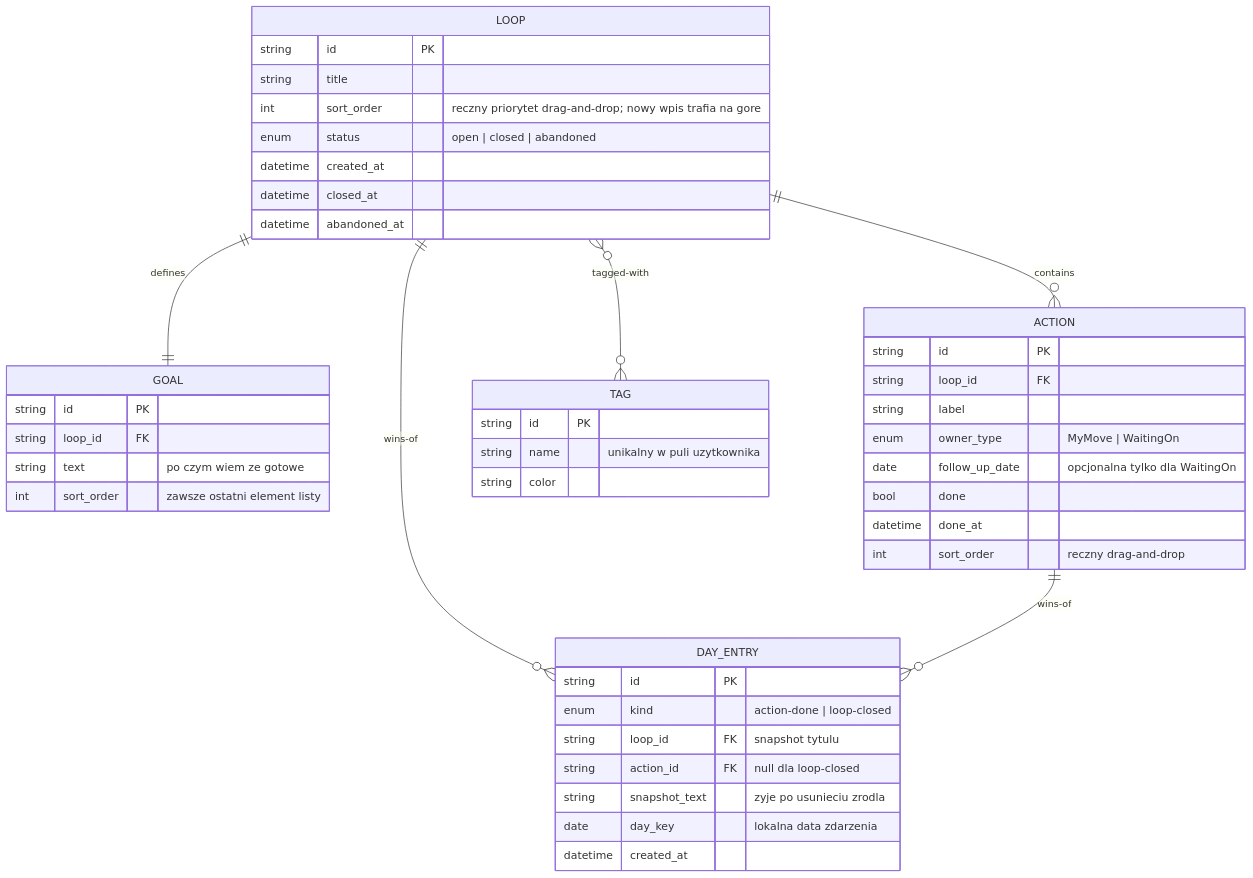
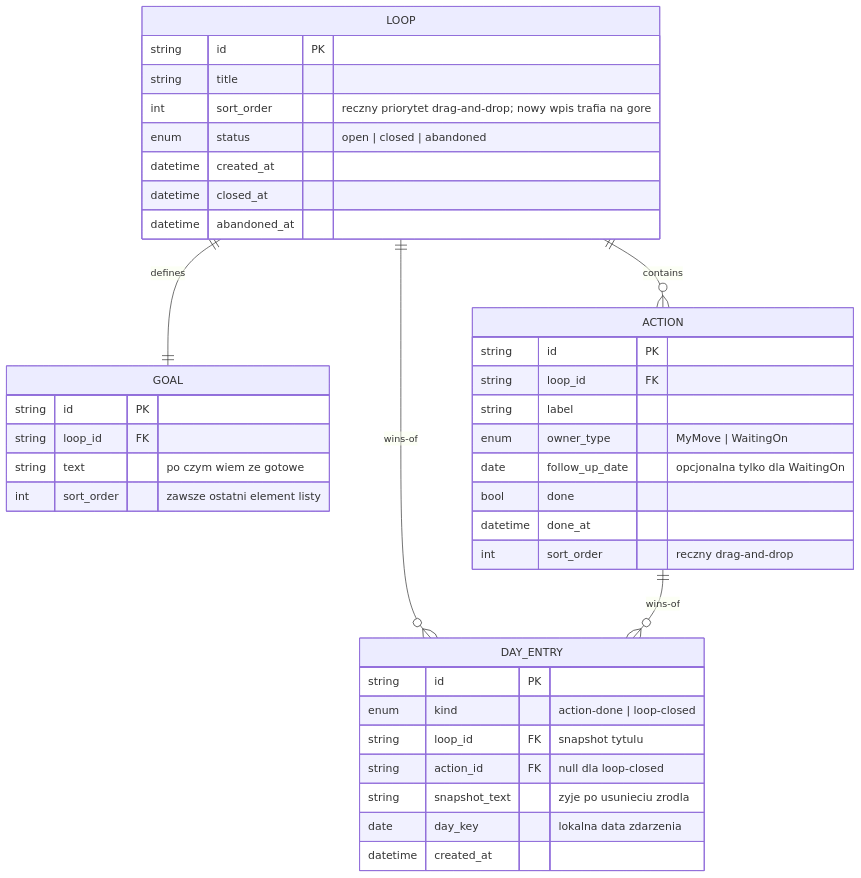
One commit to marekbrze/openloops changed the diagram in docs/ENTITY_MAP.md. Above: the diagram before and after it, drawn with Mermaid. The commit also changed other lines of this file and 24 other files, not shown here.

````diff
--- a/docs/ENTITY_MAP.md
+++ b/docs/ENTITY_MAP.md
@@ -5,48 +5,42 @@
 ```mermaid
 erDiagram
     LOOP ||--|| GOAL : "defines"
     LOOP ||--o{ ACTION : "contains"
-    LOOP }o--o{ TAG : "tagged-with"
     LOOP ||--o{ DAY_ENTRY : "wins-of"
     ACTION ||--o{ DAY_ENTRY : "wins-of"
 
     LOOP {
         string id PK
         string title
         int sort_order "reczny priorytet drag-and-drop; nowy wpis trafia na gore"
         enum status "open | closed | abandoned"
         datetime created_at
         datetime closed_at
         datetime abandoned_at
     }
     GOAL {
         string id PK
         string loop_id FK
         string text "po czym wiem ze gotowe"
         int sort_order "zawsze ostatni element listy"
     }
     ACTION {
         string id PK
         string loop_id FK
         string label
         enum owner_type "MyMove | WaitingOn"
         date follow_up_date "opcjonalna tylko dla WaitingOn"
         bool done
         datetime done_at
         int sort_order "reczny drag-and-drop"
     }
-    TAG {
-        string id PK
-        string name "unikalny w puli uzytkownika"
-        string color
-    }
     DAY_ENTRY {
         string id PK
         enum kind "action-done | loop-closed"
         string loop_id FK "snapshot tytulu"
         string action_id FK "null dla loop-closed"
         string snapshot_text "zyje po usunieciu zrodla"
         date day_key "lokalna data zdarzenia"
         datetime created_at
     }
 ```
````
